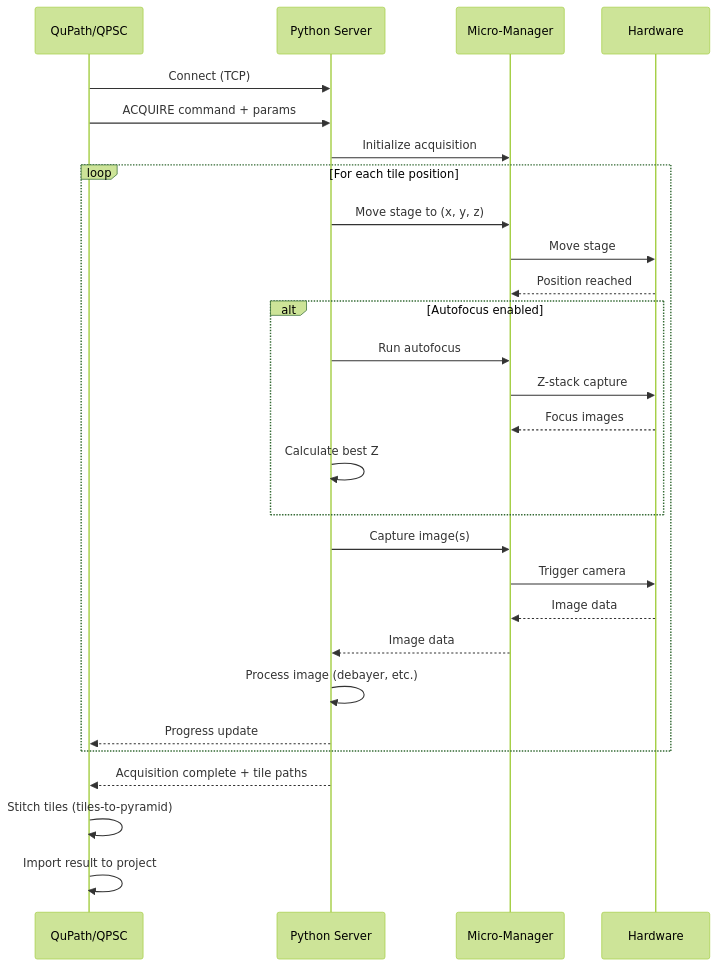
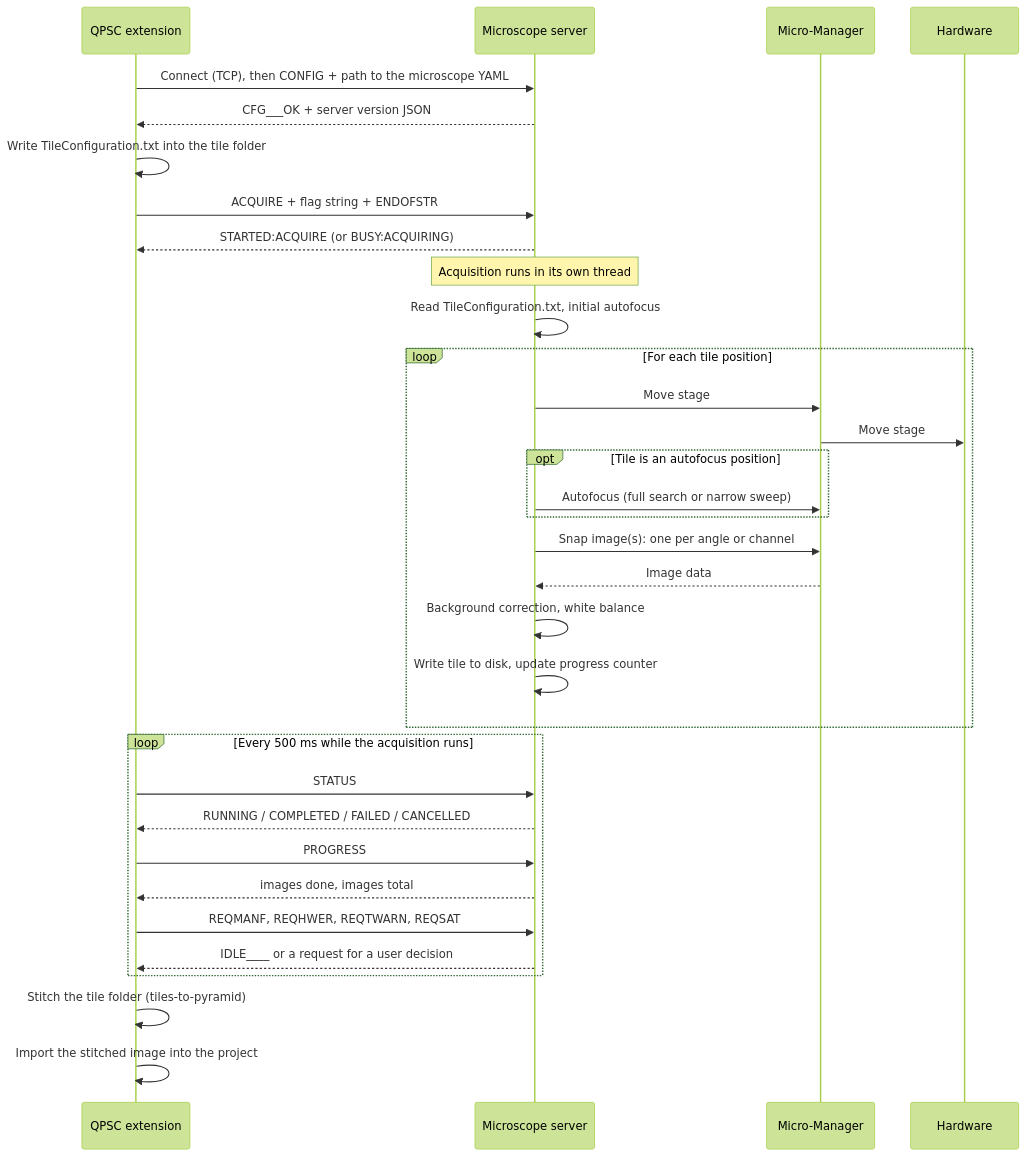
One commit to uw-loci/QPSC changed the second of 2 diagrams in docs/architecture.md. Above: the diagram before and after it, drawn with Mermaid (forest theme). The commit also changed other lines of this file and 7 other files, not shown here.

````diff
--- a/docs/architecture.md
+++ b/docs/architecture.md
@@ -401,36 +194,39 @@
 ```mermaid
 sequenceDiagram
-    participant QP as QuPath/QPSC
-    participant Srv as Python Server
+    participant QP as QPSC extension
+    participant Srv as Microscope server
     participant MM as Micro-Manager
     participant HW as Hardware
 
-    QP->>Srv: Connect (TCP)
-    QP->>Srv: ACQUIRE command + params
-    Srv->>MM: Initialize acquisition
+    QP->>Srv: Connect (TCP), then CONFIG + path to the microscope YAML
+    Srv-->>QP: CFG___OK + server version JSON
+    QP->>QP: Write TileConfiguration.txt into the tile folder
+    QP->>Srv: ACQUIRE + flag string + ENDOFSTR
+    Srv-->>QP: STARTED:ACQUIRE (or BUSY:ACQUIRING)
+    Note over Srv: Acquisition runs in its own thread
+    Srv->>Srv: Read TileConfiguration.txt, initial autofocus
 
     loop For each tile position
-        Srv->>MM: Move stage to (x, y, z)
+        Srv->>MM: Move stage
         MM->>HW: Move stage
-        HW-->>MM: Position reached
-
-        alt Autofocus enabled
-            Srv->>MM: Run autofocus
-            MM->>HW: Z-stack capture
-            HW-->>MM: Focus images
-            Srv->>Srv: Calculate best Z
+        opt Tile is an autofocus position
+            Srv->>MM: Autofocus (full search or narrow sweep)
         end
-
-        Srv->>MM: Capture image(s)
-        MM->>HW: Trigger camera
-        HW-->>MM: Image data
+        Srv->>MM: Snap image(s): one per angle or channel
         MM-->>Srv: Image data
-
-        Srv->>Srv: Process image (debayer, etc.)
-        Srv-->>QP: Progress update
+        Srv->>Srv: Background correction, white balance
+        Srv->>Srv: Write tile to disk, update progress counter
     end
 
-    Srv-->>QP: Acquisition complete + tile paths
-    QP->>QP: Stitch tiles (tiles-to-pyramid)
-    QP->>QP: Import result to project
+    loop Every 500 ms while the acquisition runs
+        QP->>Srv: STATUS
+        Srv-->>QP: RUNNING / COMPLETED / FAILED / CANCELLED
+        QP->>Srv: PROGRESS
+        Srv-->>QP: images done, images total
+        QP->>Srv: REQMANF, REQHWER, REQTWARN, REQSAT
+        Srv-->>QP: IDLE____ or a request for a user decision
+    end
+
+    QP->>QP: Stitch the tile folder (tiles-to-pyramid)
+    QP->>QP: Import the stitched image into the project
 ```
````
